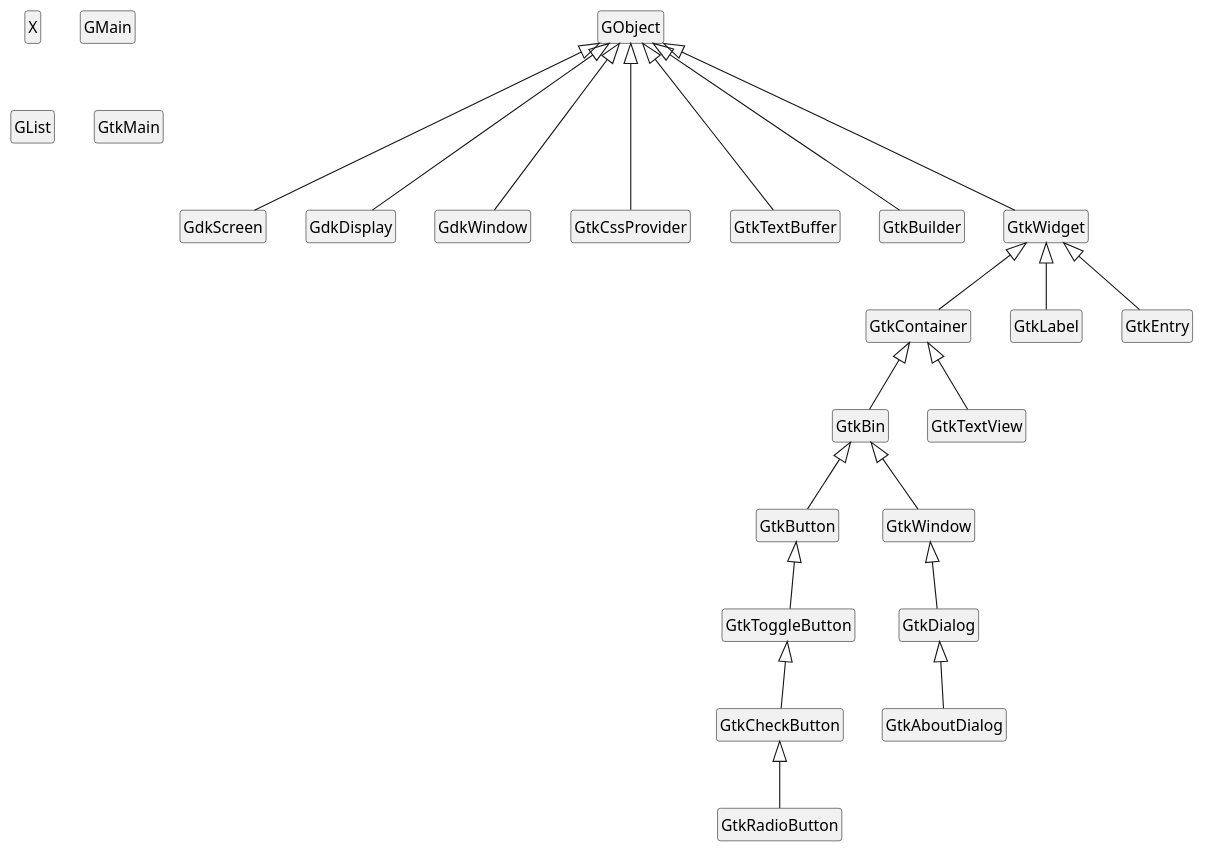
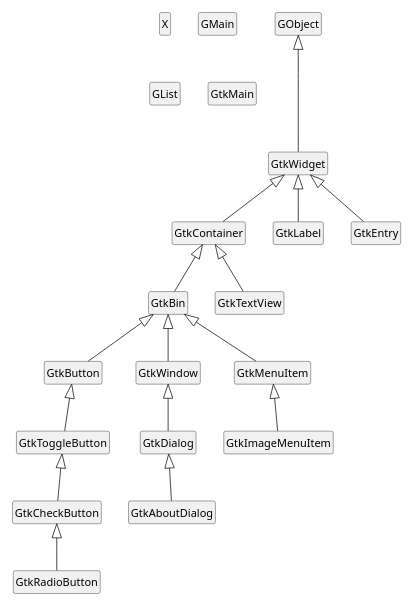
Before and after one commit to MARTIMM/gtk-v3: the first of 2 diagrams in doc/Design.md, drawn with PlantUML. The commit also changed other lines of this file and 2 other files, not shown here.

Commit message:
notes and changes

````diff
--- a/doc/Design.md
+++ b/doc/Design.md
@@ -6,75 +6,78 @@
 ```plantuml
-
+scale 0.7
 hide members
 hide circle
 
 'class Gui
 'class GSignal
 'GSignal <|-- GtkWidget
 'X <-* Gui
 
 
 class X
 
 class GMain
 class GList
 
-class GdkScreen
-class GdkDisplay
-class GdkWindow
+'class GdkScreen
+'class GdkDisplay
+'class GdkWindow
 
 class GtkMain
-class GtkCssProvider
-class GtkTextBuffer
-class GtkBuilder
+'class GtkCssProvider
+'class GtkTextBuffer
+'class GtkBuilder
 
 class GObject
 
 class GtkWidget
 
 class GtkBin
 class GtkContainer
 class GtkTextView
 
 class GtkLabel
 
 class GtkButton
 class GtkToggleButton
 class GtkCheckButton
 class GtkRadioButton
 
 class GtkWindow
 class GtkDialog
 class GtkAboutDialog
 
 GtkBin <|-- GtkButton
 GtkButton <|-- GtkToggleButton
 GtkToggleButton <|-- GtkCheckButton
 GtkCheckButton <|-- GtkRadioButton
 
 GtkBin <|-- GtkWindow
 GtkWindow <|-- GtkDialog
 GtkDialog <|-- GtkAboutDialog
 
 GtkWidget <|-- GtkLabel
 GtkWidget <|-- GtkEntry
 
 GtkContainer <|-- GtkBin
 GtkContainer <|-- GtkTextView
 GtkWidget <|-- GtkContainer
 'GtkBin --* GtkButton
 
 'GdkScreen <---o GtkWidget
 'GdkDisplay <---o GtkWidget
 'GdkWindow <---o GtkWidget
 
 GObject <|--- GtkWidget
-GObject <|--- GtkBuilder
-GObject <|--- GtkTextBuffer
-GObject <|--- GtkCssProvider
+'GObject <|--- GtkBuilder
+'GObject <|--- GtkTextBuffer
+'GObject <|--- GtkCssProvider
 
-GObject <|--- GdkScreen
-GObject <|--- GdkWindow
-GObject <|--- GdkDisplay
+'GObject <|--- GdkScreen
+'GObject <|--- GdkWindow
+'GObject <|--- GdkDisplay
+
+GtkBin <|-- GtkMenuItem
+GtkMenuItem <|-- GtkImageMenuItem
 
 ```
````
